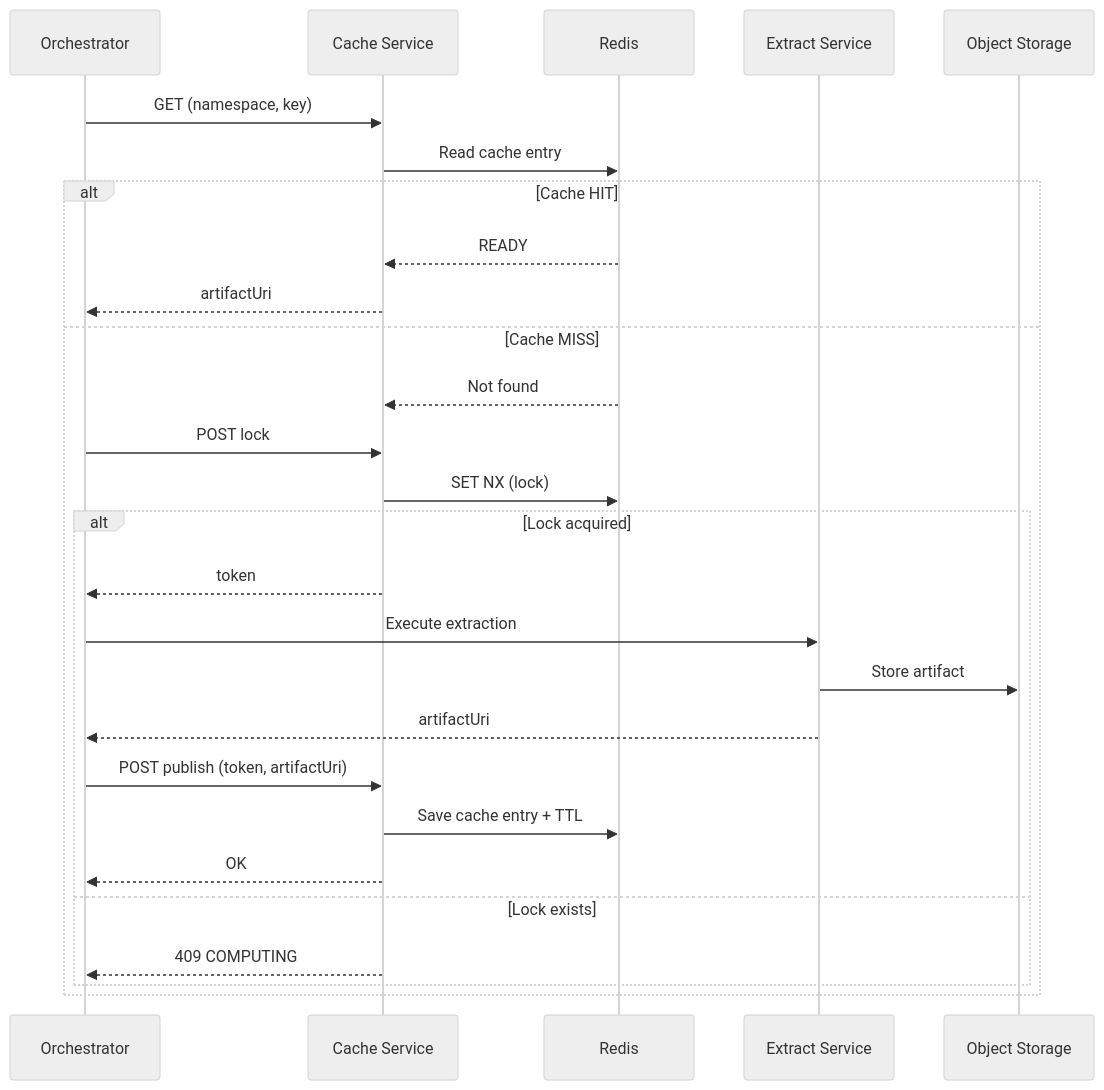
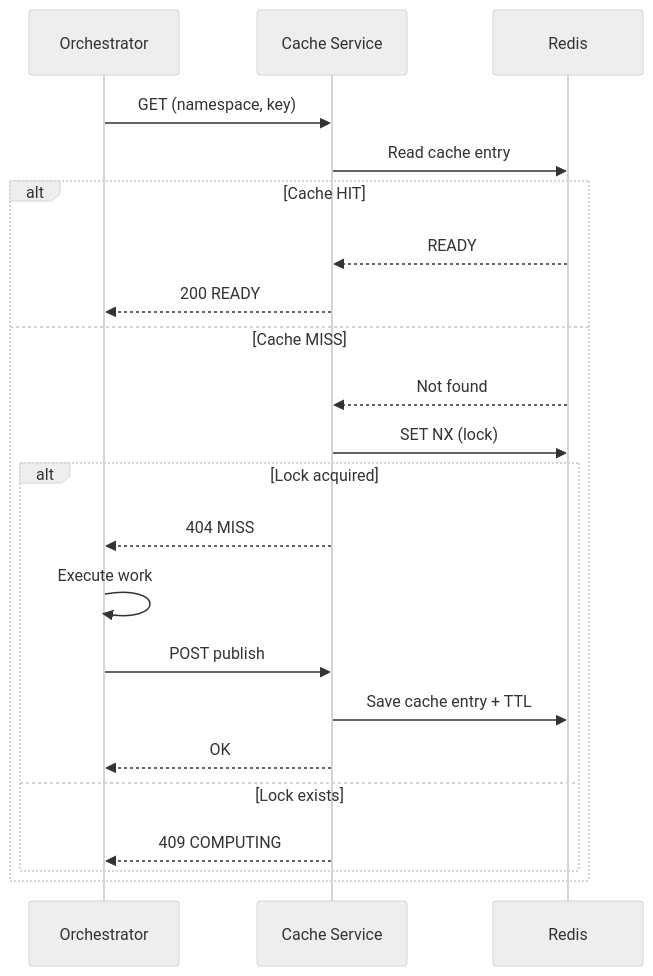
The diagram in docs/cache-service.md (CPNV-ES-BI-RIA-PROJECT/ria2-caching), drawn with Mermaid (neutral theme) before and after one commit. The commit also changed other lines of this file and 1 other file, not shown here.

````diff
--- a/docs/cache-service.md
+++ b/docs/cache-service.md
@@ -195,30 +185,25 @@
 ```mermaid
 sequenceDiagram
     participant O as Orchestrator
     participant C as Cache Service
     participant R as Redis
-    participant E as Extract Service
-    participant S as Object Storage
 
     O->>C: GET (namespace, key)
     C->>R: Read cache entry
     alt Cache HIT
         R-->>C: READY
-        C-->>O: artifactUri
+        C-->>O: 200 READY
     else Cache MISS
         R-->>C: Not found
-        O->>C: POST lock
         C->>R: SET NX (lock)
         alt Lock acquired
-            C-->>O: token
-            O->>E: Execute extraction
-            E->>S: Store artifact
-            E-->>O: artifactUri
-            O->>C: POST publish (token, artifactUri)
+            C-->>O: 404 MISS
+            O->>O: Execute work
+            O->>C: POST publish
             C->>R: Save cache entry + TTL
             C-->>O: OK
         else Lock exists
             C-->>O: 409 COMPUTING
         end
     end
 ```
````
